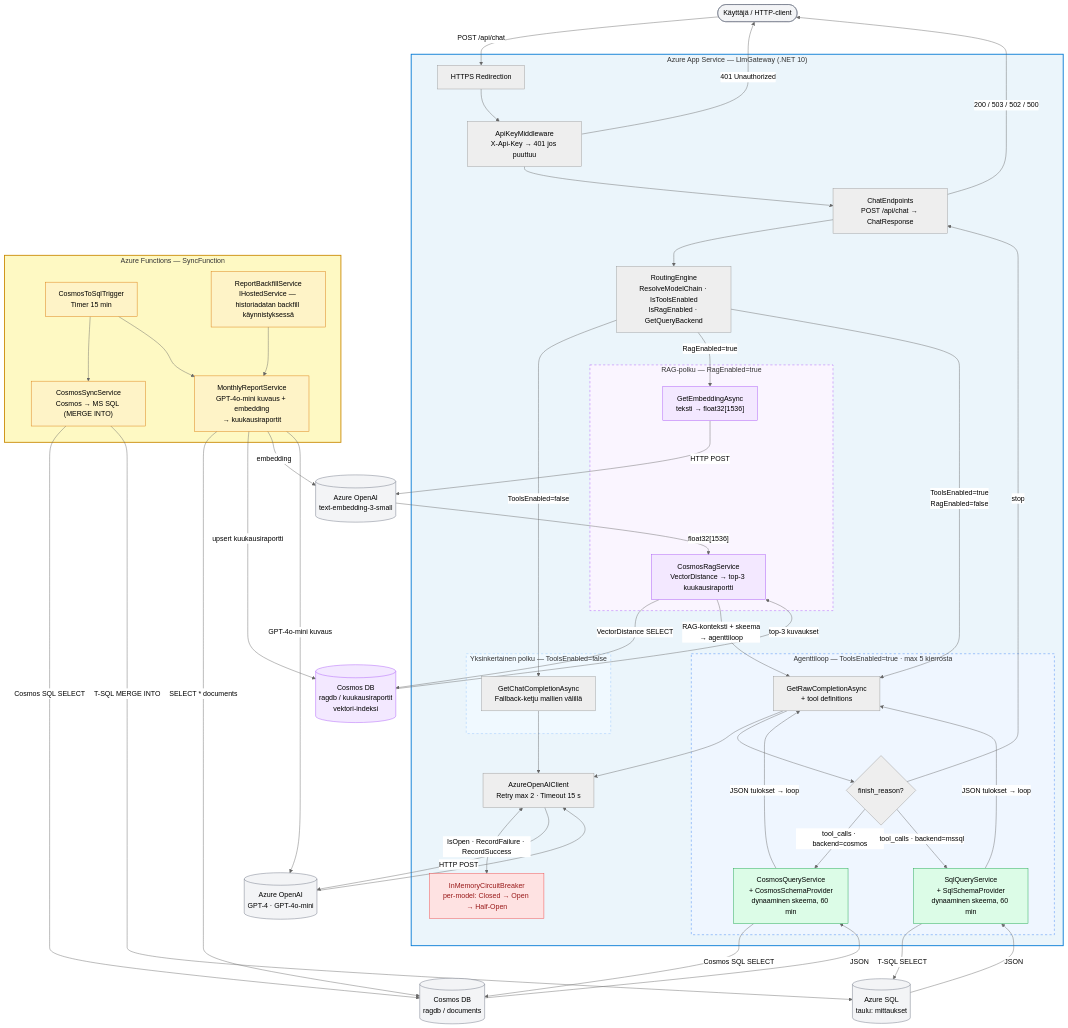
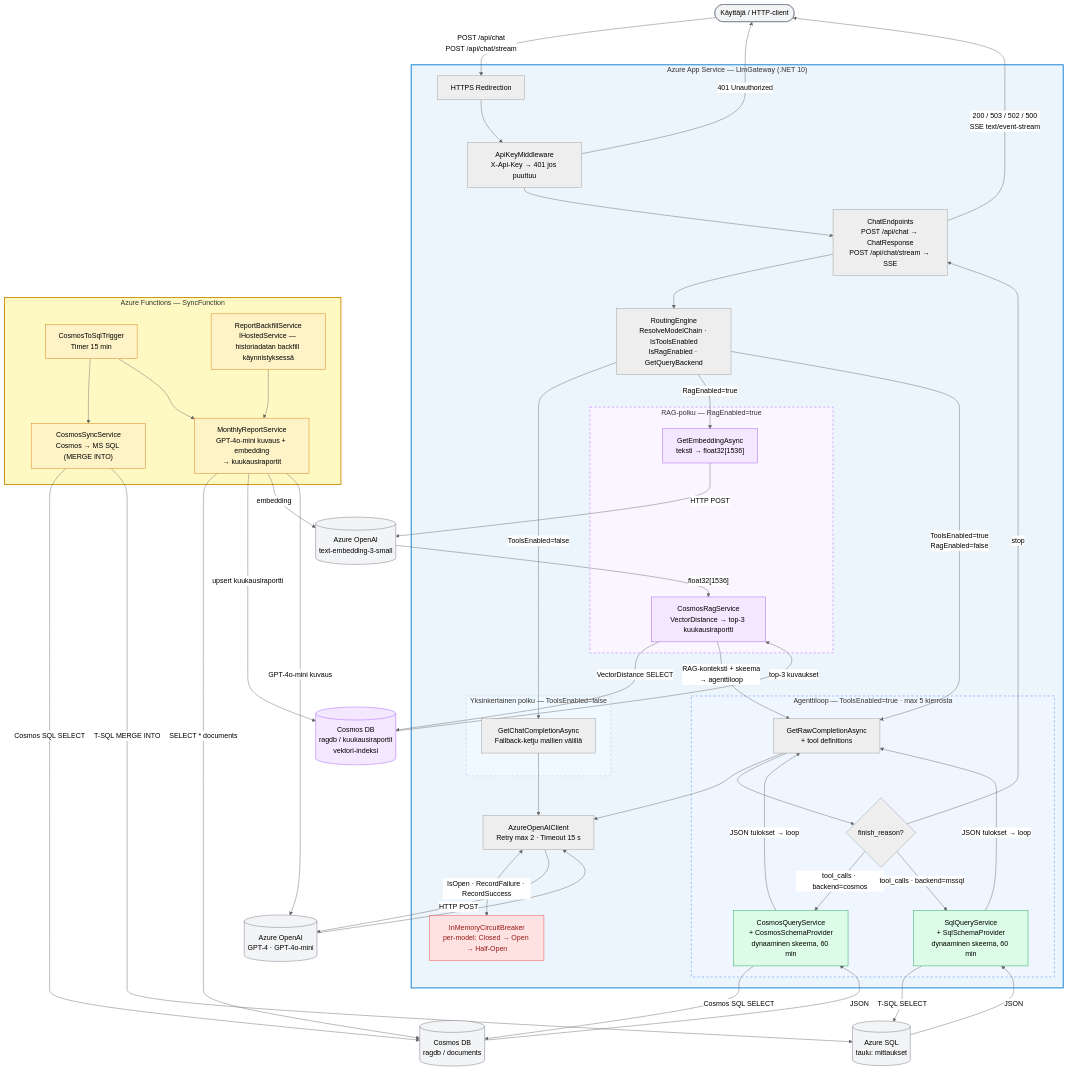
The diagram in architecture.mmd (hvilppu/llmgateway), drawn with Mermaid (neutral theme) before and after one commit. The commit also changed 6 other files, not shown here.

```diff
--- a/architecture.mmd
+++ b/architecture.mmd
@@ -1,101 +1,101 @@
 flowchart TD
     Client([Käyttäjä / HTTP-client])
 
     subgraph GW["Azure App Service — LlmGateway (.NET 10)"]
         MW1[HTTPS Redirection]
         MW2["ApiKeyMiddleware\nX-Api-Key → 401 jos puuttuu"]
-        EP["ChatEndpoints\nPOST /api/chat → ChatResponse"]
+        EP["ChatEndpoints\nPOST /api/chat → ChatResponse\nPOST /api/chat/stream → SSE"]
         RE["RoutingEngine\nResolveModelChain · IsToolsEnabled\nIsRagEnabled · GetQueryBackend"]
         CB["InMemoryCircuitBreaker\nper-model: Closed → Open → Half-Open"]
         OAI["AzureOpenAIClient\nRetry max 2 · Timeout 15 s"]
 
         subgraph SP["Yksinkertainen polku — ToolsEnabled=false"]
             SC["GetChatCompletionAsync\nFallback-ketju mallien välillä"]
         end
 
         subgraph RP["RAG-polku — RagEnabled=true"]
             EMB["GetEmbeddingAsync\nteksti → float32[1536]"]
             RGS["CosmosRagService\nVectorDistance → top-3 kuukausiraportti"]
         end
 
         subgraph AL["Agenttiloop — ToolsEnabled=true · max 5 kierrosta"]
             RC["GetRawCompletionAsync\n+ tool definitions"]
             FIN{finish_reason?}
             CQS["CosmosQueryService\n+ CosmosSchemaProvider\ndynaaminen skeema, 60 min"]
             SQS["SqlQueryService\n+ SqlSchemaProvider\ndynaaminen skeema, 60 min"]
         end
     end
 
     AzOAI[("Azure OpenAI\nGPT-4 · GPT-4o-mini")]
     AzEMB[("Azure OpenAI\ntext-embedding-3-small")]
     CosmDB[("Cosmos DB\nragdb / documents")]
     KuuDB[("Cosmos DB\nragdb / kuukausiraportit\nvektori-indeksi")]
     SqlDB[("Azure SQL\ntaulu: mittaukset")]
 
-    Client -->|"POST /api/chat"| MW1
+    Client -->|"POST /api/chat\nPOST /api/chat/stream"| MW1
     MW1 --> MW2
     MW2 -->|"401 Unauthorized"| Client
     MW2 --> EP
     EP --> RE
     RE -->|"ToolsEnabled=false"| SC
     RE -->|"RagEnabled=true"| EMB
     RE -->|"ToolsEnabled=true\nRagEnabled=false"| RC
     SC --> OAI
     EMB -->|"HTTP POST"| AzEMB
     AzEMB -->|"float32[1536]"| RGS
     RGS -->|"VectorDistance SELECT"| KuuDB
     KuuDB -->|"top-3 kuvaukset"| RGS
     RGS -->|"RAG-konteksti + skeema\n→ agenttiloop"| RC
     RC --> OAI
     OAI <-->|"IsOpen · RecordFailure · RecordSuccess"| CB
     OAI -->|"HTTP POST"| AzOAI
     AzOAI --> OAI
     RC --> FIN
     FIN -->|stop| EP
     FIN -->|"tool_calls · backend=cosmos"| CQS
     FIN -->|"tool_calls · backend=mssql"| SQS
     CQS -->|"Cosmos SQL SELECT"| CosmDB
     CosmDB -->|JSON| CQS
     SQS -->|"T-SQL SELECT"| SqlDB
     SqlDB -->|JSON| SQS
     CQS -->|"JSON tulokset → loop"| RC
     SQS -->|"JSON tulokset → loop"| RC
-    EP -->|"200 / 503 / 502 / 500"| Client
+    EP -->|"200 / 503 / 502 / 500\nSSE text/event-stream"| Client
 
     subgraph SF["Azure Functions — SyncFunction"]
         TRG["CosmosToSqlTrigger\nTimer 15 min"]
         CSS["CosmosSyncService\nCosmos → MS SQL (MERGE INTO)"]
         MRS["MonthlyReportService\nGPT-4o-mini kuvaus + embedding\n→ kuukausiraportit"]
         RBS["ReportBackfillService\nIHostedService — historiadatan backfill käynnistyksessä"]
     end
 
     TRG --> CSS
     TRG --> MRS
     RBS --> MRS
     CSS -->|"Cosmos SQL SELECT"| CosmDB
     CSS -->|"T-SQL MERGE INTO"| SqlDB
     MRS -->|"SELECT * documents"| CosmDB
     MRS -->|"upsert kuukausiraportti"| KuuDB
     MRS -->|"embedding"| AzEMB
     MRS -->|"GPT-4o-mini kuvaus"| AzOAI
 
     style GW fill:#EBF5FB,stroke:#0078d4,stroke-width:2px
     style SP fill:#f0f9ff,stroke:#93c5fd,stroke-dasharray:5 5
     style RP fill:#faf5ff,stroke:#a855f7,stroke-dasharray:5 5
     style AL fill:#eff6ff,stroke:#3b82f6,stroke-dasharray:5 5
     style CB fill:#fee2e2,stroke:#ef4444,color:#991b1b
     style CQS fill:#dcfce7,stroke:#16a34a
     style SQS fill:#dcfce7,stroke:#16a34a
     style EMB fill:#f3e8ff,stroke:#a855f7
     style RGS fill:#f3e8ff,stroke:#a855f7
     style AzOAI fill:#f3f4f6,stroke:#6b7280
     style AzEMB fill:#f3f4f6,stroke:#6b7280
     style CosmDB fill:#f3f4f6,stroke:#6b7280
     style KuuDB fill:#f3e8ff,stroke:#a855f7
     style SqlDB fill:#f3f4f6,stroke:#6b7280
     style Client fill:#f3f4f6,stroke:#6b7280
     style SF fill:#fef9c3,stroke:#ca8a04,stroke-width:2px
     style TRG fill:#fef3c7,stroke:#d97706
     style CSS fill:#fef3c7,stroke:#d97706
     style MRS fill:#fef3c7,stroke:#d97706
     style RBS fill:#fef3c7,stroke:#d97706
```
